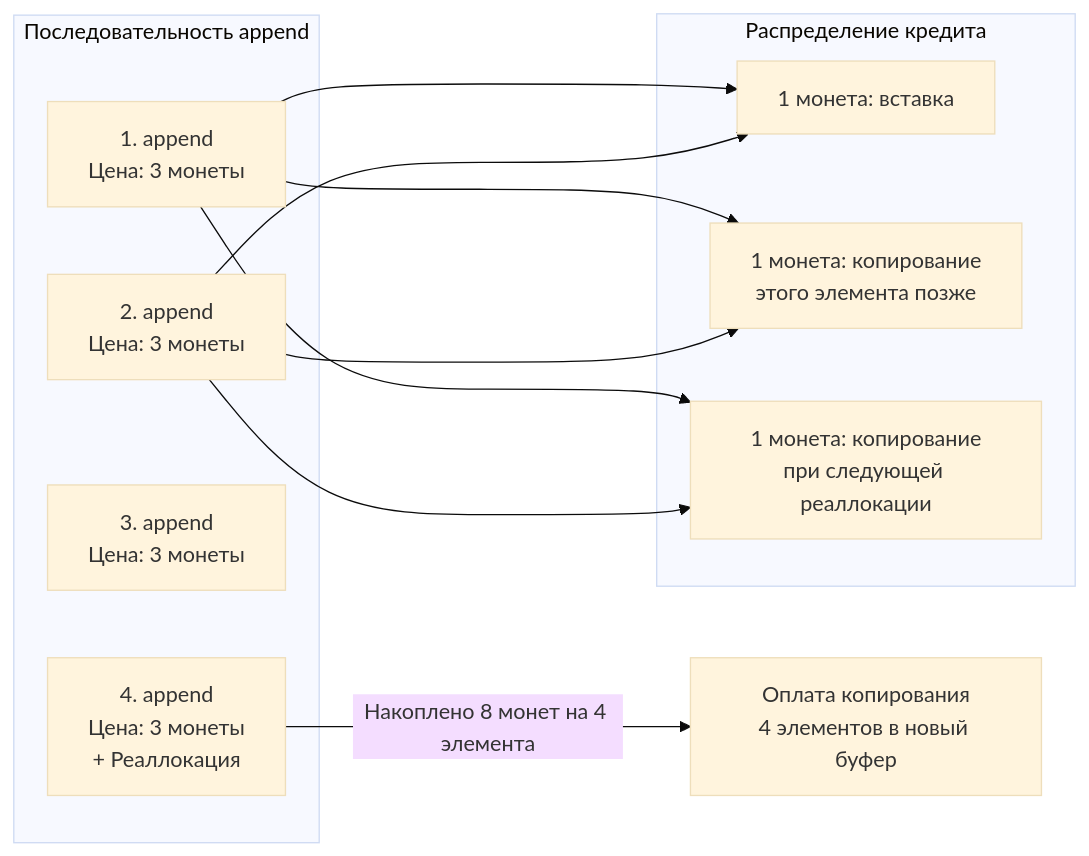
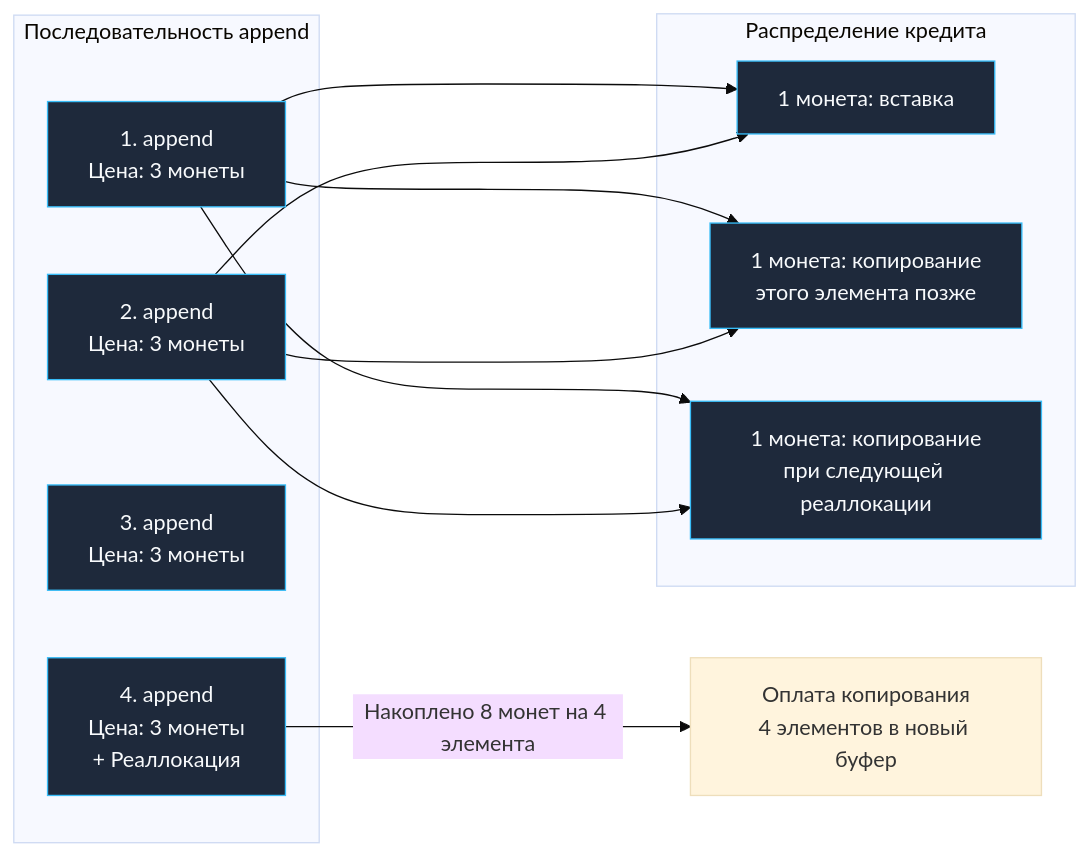
Before and after one commit to UnrealTemplier/go-textbook: the second of 3 diagrams in sources/20. Алгоритмы и структуры данных (DSA) на Go/01. Введение/3. Амортизированный анализ.md, drawn with Mermaid (base theme). The commit also changed other lines of this file and 1666 other files, not shown here.

First line of the commit message:
feat(mermaid): add semantic color classDef to 1369 colorless flowchart/graph diagrams

````diff
--- a/sources/20. Алгоритмы и структуры данных (DSA) на Go/01. Введение/3. Амортизированный анализ.md
+++ b/sources/20. Алгоритмы и структуры данных (DSA) на Go/01. Введение/3. Амортизированный анализ.md
@@ -110,23 +120,33 @@
 ```mermaid
 flowchart LR
+    classDef process  fill:#1e293b,stroke:#38bdf8,stroke-width:1px,color:#f8fafc
+    classDef success  fill:#064e3b,stroke:#34d399,stroke-width:1px,color:#f8fafc
+    classDef error    fill:#7f1d1d,stroke:#f87171,stroke-width:1px,color:#f8fafc
+    classDef warning  fill:#78350f,stroke:#fbbf24,stroke-width:1px,color:#f8fafc
+    classDef entry    fill:#1e3a5f,stroke:#38bdf8,stroke-width:2px,color:#f8fafc
+    classDef aux      fill:#334155,stroke:#64748b,stroke-width:1px,color:#f8fafc
+    classDef system   fill:#312e81,stroke:#a78bfa,stroke-width:1px,color:#f8fafc
+    classDef data     fill:#132d29,stroke:#2dd4bf,stroke-width:1px,color:#f8fafc
+    classDef network  fill:#881337,stroke:#fb7185,stroke-width:1px,color:#f8fafc
+    classDef accent   fill:#1e1b4b,stroke:#818cf8,stroke-width:1px,color:#f8fafc
     subgraph Operations["Последовательность append"]
-        A1["1. append<br/>Цена: 3 монеты"]
-        A2["2. append<br/>Цена: 3 монеты"]
-        A3["3. append<br/>Цена: 3 монеты"]
-        A4["4. append<br/>Цена: 3 монеты<br/>+ Реаллокация"]
+        A1["1. append<br/>Цена: 3 монеты"]:::process
+        A2["2. append<br/>Цена: 3 монеты"]:::process
+        A3["3. append<br/>Цена: 3 монеты"]:::process
+        A4["4. append<br/>Цена: 3 монеты<br/>+ Реаллокация"]:::process
     end
 
     subgraph Accounting["Распределение кредита"]
-        C1["1 монета: вставка"]
-        C2["1 монета: копирование<br/>этого элемента позже"]
-        C3["1 монета: копирование<br/>при следующей реаллокации"]
+        C1["1 монета: вставка"]:::process
+        C2["1 монета: копирование<br/>этого элемента позже"]:::process
+        C3["1 монета: копирование<br/>при следующей реаллокации"]:::process
     end
 
     A1 --> C1
     A1 --> C2
     A1 --> C3
     A2 --> C1
     A2 --> C2
     A2 --> C3
     A4 -->|"Накоплено 8 монет на 4 элемента"| Realloc["Оплата копирования<br/>4 элементов в новый буфер"]
 ```
````
